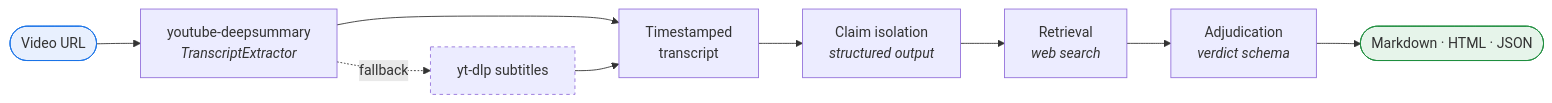
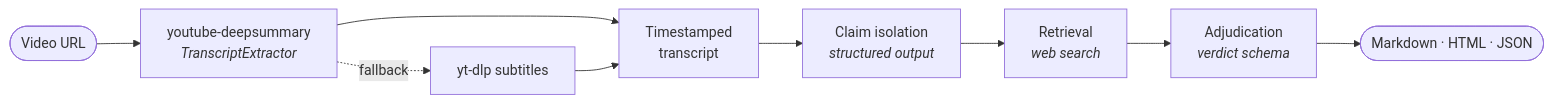
The first of 3 diagrams in README.md (jaytrivediSF25/deepcheck), drawn with Mermaid before and after one commit. The commit also changed other lines of this file and 5 other files, not shown here.

First line of the commit message:
Add CI, Docker, Makefile, contributor docs; fix dark-mode diagrams

````diff
--- a/README.md
+++ b/README.md
@@ -35,15 +61,11 @@
 ```mermaid
 flowchart LR
     A(["Video URL"]) --> B["youtube-deepsummary<br/><i>TranscriptExtractor</i>"]
     B -. fallback .-> C["yt-dlp subtitles"]
     B --> D["Timestamped<br/>transcript"]
     C --> D
     D --> E["Claim isolation<br/><i>structured output</i>"]
     E --> F["Retrieval<br/><i>web search</i>"]
     F --> G["Adjudication<br/><i>verdict schema</i>"]
     G --> H(["Markdown · HTML · JSON"])
-
-    style A fill:#e8f0fe,stroke:#1a73e8
-    style H fill:#e6f4ea,stroke:#1e8e3e
-    style C stroke-dasharray: 4 4
 ```
````
